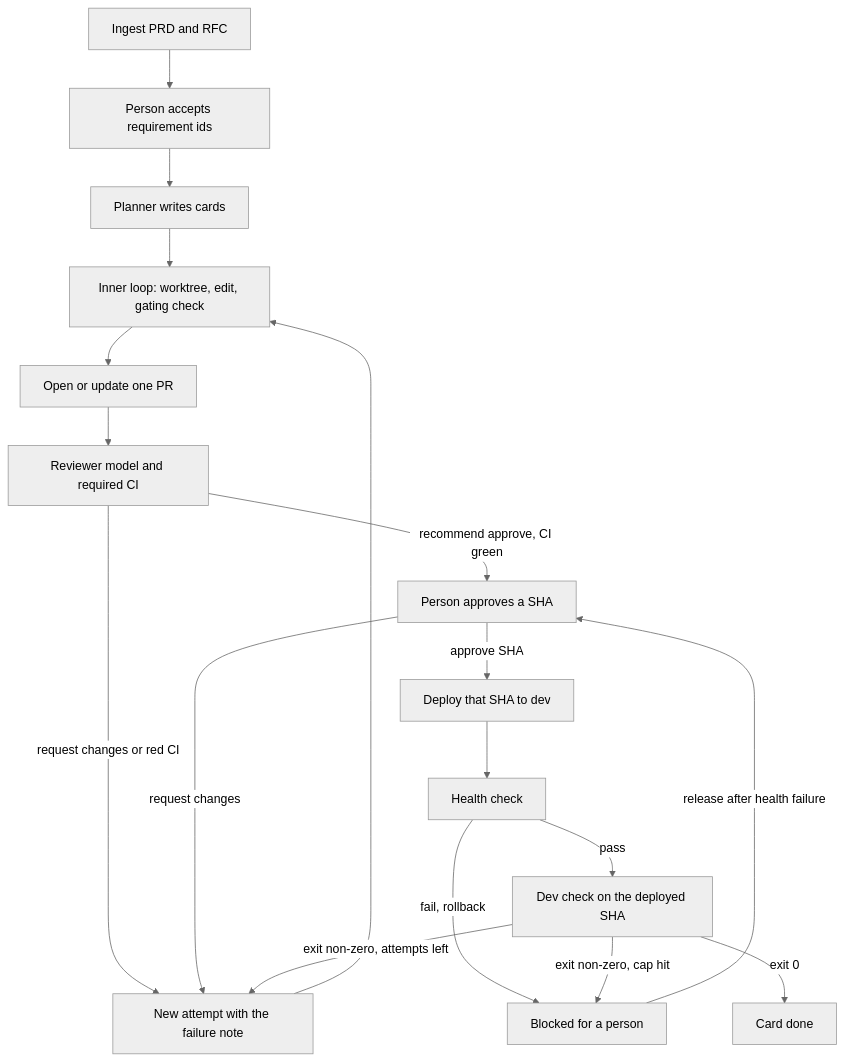
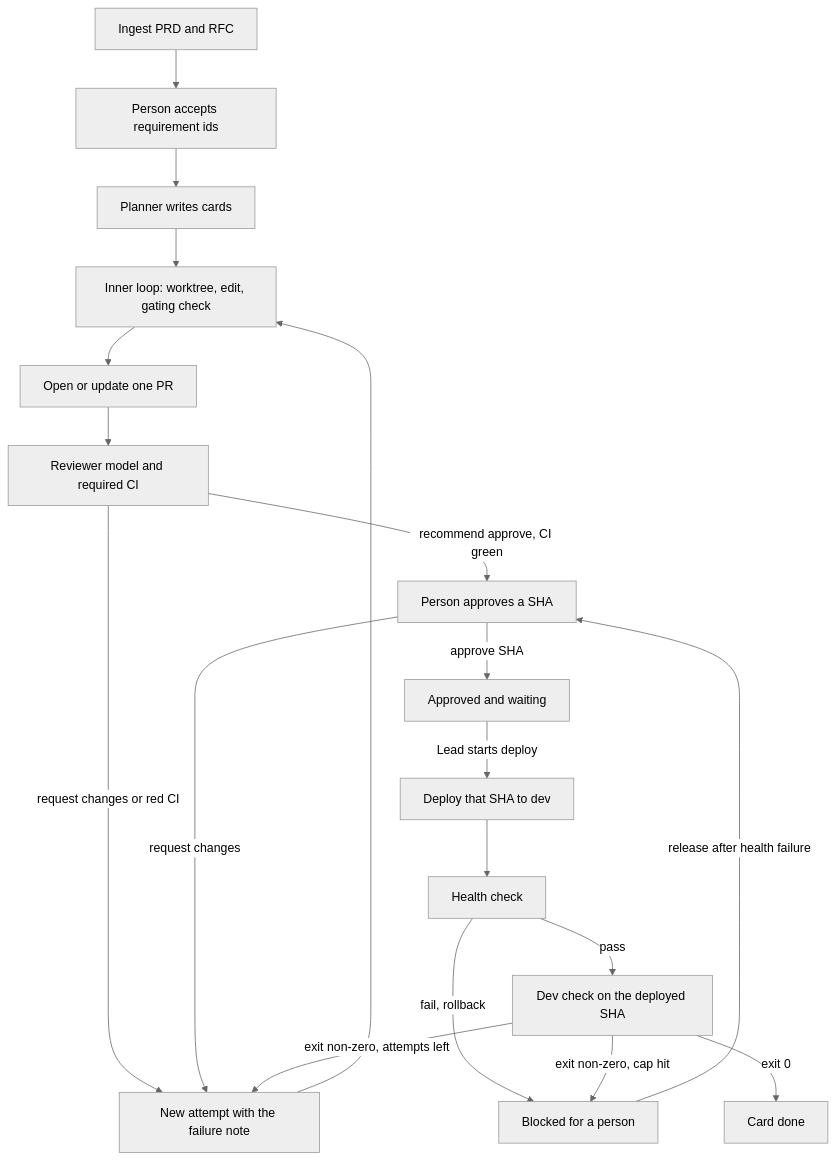
The diagram in docs/ai-coding-orchestrator.md (gilangmahardhika/Marauder), drawn with Mermaid (neutral theme) before and after one commit. The commit also changed other lines of this file and 28 other files, not shown here.

````diff
--- a/docs/ai-coding-orchestrator.md
+++ b/docs/ai-coding-orchestrator.md
@@ -67,29 +68,32 @@
 ```mermaid
 flowchart TD
   intake[Ingest PRD and RFC]
   accept[Person accepts requirement ids]
   cards[Planner writes cards]
   inner[Inner loop: worktree, edit, gating check]
   pr[Open or update one PR]
   agent[Reviewer model and required CI]
   human[Person approves a SHA]
+  approved[Approved and waiting]
   deploy[Deploy that SHA to dev]
   health[Health check]
   verify[Dev check on the deployed SHA]
   done[Card done]
   again[New attempt with the failure note]
   blocked[Blocked for a person]
 
   intake --> accept --> cards --> inner --> pr --> agent
   agent -->|request changes or red CI| again
   agent -->|recommend approve, CI green| human
   human -->|request changes| again
-  human -->|approve SHA| deploy --> health
+  human -->|approve SHA| approved
+  approved -->|Lead starts deploy| deploy
+  deploy --> health
   health -->|fail, rollback| blocked
   blocked -->|release after health failure| human
   health -->|pass| verify
   verify -->|exit 0| done
   verify -->|exit non-zero, attempts left| again
   verify -->|exit non-zero, cap hit| blocked
   again --> inner
 ```
````
